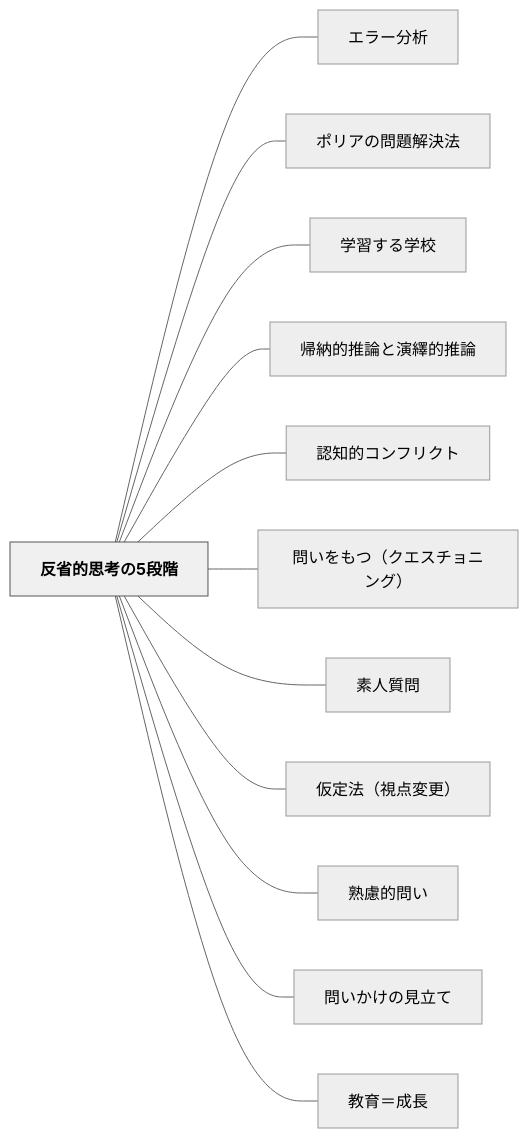
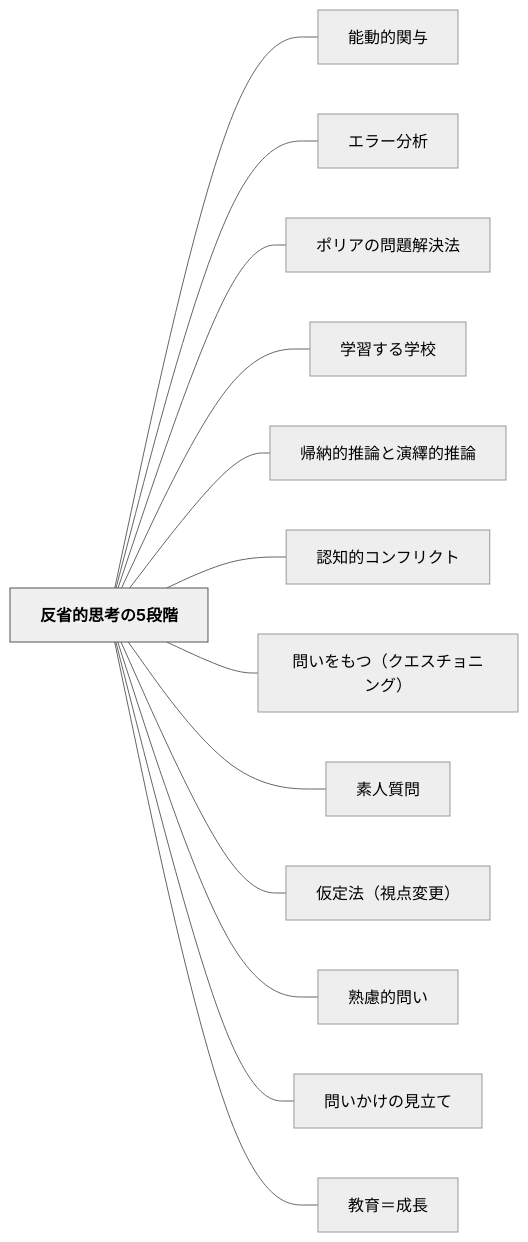
Before and after one commit to unknownthings-ed-patterns/unknownthings-ed-patterns: the diagram in content/パタン/反省的思考の5段階.md, drawn with Mermaid (neutral theme). The commit also changed other lines of this file and 100 other files, not shown here.

````diff
--- a/content/パタン/反省的思考の5段階.md
+++ b/content/パタン/反省的思考の5段階.md
@@ -154,30 +155,32 @@
 ```mermaid
 flowchart LR
     ne58f8de79c81e79a84e6809de88083e381ae35e6aeb5e99a8e["反省的思考の5段階"]
+    ne883bde58b95e79a84e996a2e4b88e["能動的関与"]
     ne382a8e383a9e383bce58886e69e90["エラー分析"]
     ne3839de383aae382a2e381aee5958fe9a18ce8a7a3e6b1bae6b395["ポリアの問題解決法"]
     ne5ada6e7bf92e38199e3828be5ada6e6a0a1["学習する学校"]
     ne5b8b0e7b48de79a84e68ea8e8ab96e381a8e6bc94e7b9b9e79a84e68ea8e8ab96["帰納的推論と演繹的推論"]
     ne8aa8de79fa5e79a84e382b3e383b3e38395e383aae382afe38388["認知的コンフリクト"]
     ne5958fe38184e38292e38282e381a4efbc88e382afe382a8e382b9e38381e383a7e3838be383b3e382b0efbc89["問いをもつ（クエスチョニング）"]
     ne7b4a0e4babae8b3aae5958f["素人質問"]
     ne4bbaee5ae9ae6b395efbc88e8a696e782b9e5a489e69bb4efbc89["仮定法（視点変更）"]
     ne7869fe685aee79a84e5958fe38184["熟慮的問い"]
     ne5958fe38184e3818be38191e381aee8a68be7ab8be381a6["問いかけの見立て"]
     ne69599e882b2efbc9de68890e995b7["教育＝成長"]
 
+    ne58f8de79c81e79a84e6809de88083e381ae35e6aeb5e99a8e --- ne883bde58b95e79a84e996a2e4b88e
     ne58f8de79c81e79a84e6809de88083e381ae35e6aeb5e99a8e --- ne382a8e383a9e383bce58886e69e90
     ne58f8de79c81e79a84e6809de88083e381ae35e6aeb5e99a8e --- ne3839de383aae382a2e381aee5958fe9a18ce8a7a3e6b1bae6b395
     ne58f8de79c81e79a84e6809de88083e381ae35e6aeb5e99a8e --- ne5ada6e7bf92e38199e3828be5ada6e6a0a1
     ne58f8de79c81e79a84e6809de88083e381ae35e6aeb5e99a8e --- ne5b8b0e7b48de79a84e68ea8e8ab96e381a8e6bc94e7b9b9e79a84e68ea8e8ab96
     ne58f8de79c81e79a84e6809de88083e381ae35e6aeb5e99a8e --- ne8aa8de79fa5e79a84e382b3e383b3e38395e383aae382afe38388
     ne58f8de79c81e79a84e6809de88083e381ae35e6aeb5e99a8e --- ne5958fe38184e38292e38282e381a4efbc88e382afe382a8e382b9e38381e383a7e3838be383b3e382b0efbc89
     ne58f8de79c81e79a84e6809de88083e381ae35e6aeb5e99a8e --- ne7b4a0e4babae8b3aae5958f
     ne58f8de79c81e79a84e6809de88083e381ae35e6aeb5e99a8e --- ne4bbaee5ae9ae6b395efbc88e8a696e782b9e5a489e69bb4efbc89
     ne58f8de79c81e79a84e6809de88083e381ae35e6aeb5e99a8e --- ne7869fe685aee79a84e5958fe38184
     ne58f8de79c81e79a84e6809de88083e381ae35e6aeb5e99a8e --- ne5958fe38184e3818be38191e381aee8a68be7ab8be381a6
     ne58f8de79c81e79a84e6809de88083e381ae35e6aeb5e99a8e --- ne69599e882b2efbc9de68890e995b7
 
     classDef hub fill:#f0f0f0,stroke:#555,color:#000,font-weight:bold
     class ne58f8de79c81e79a84e6809de88083e381ae35e6aeb5e99a8e hub
 ```
````
